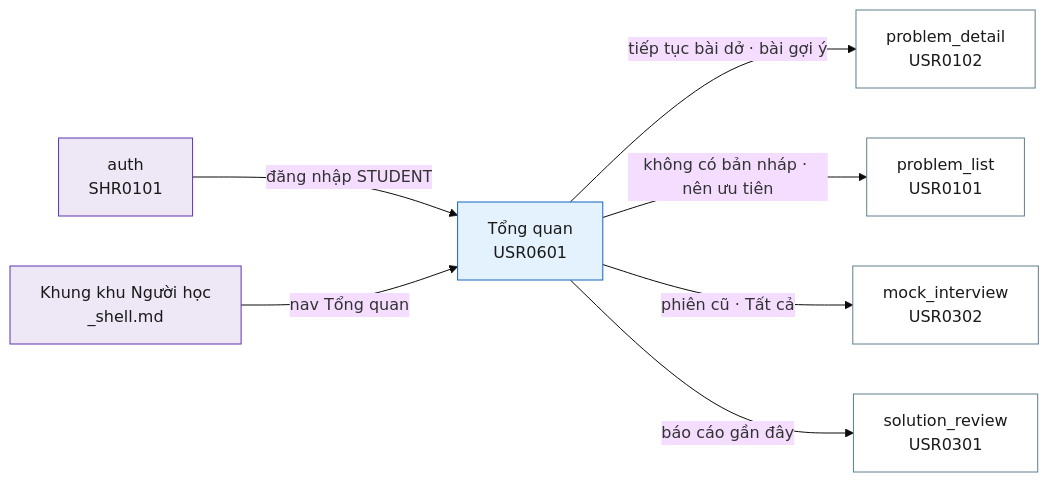
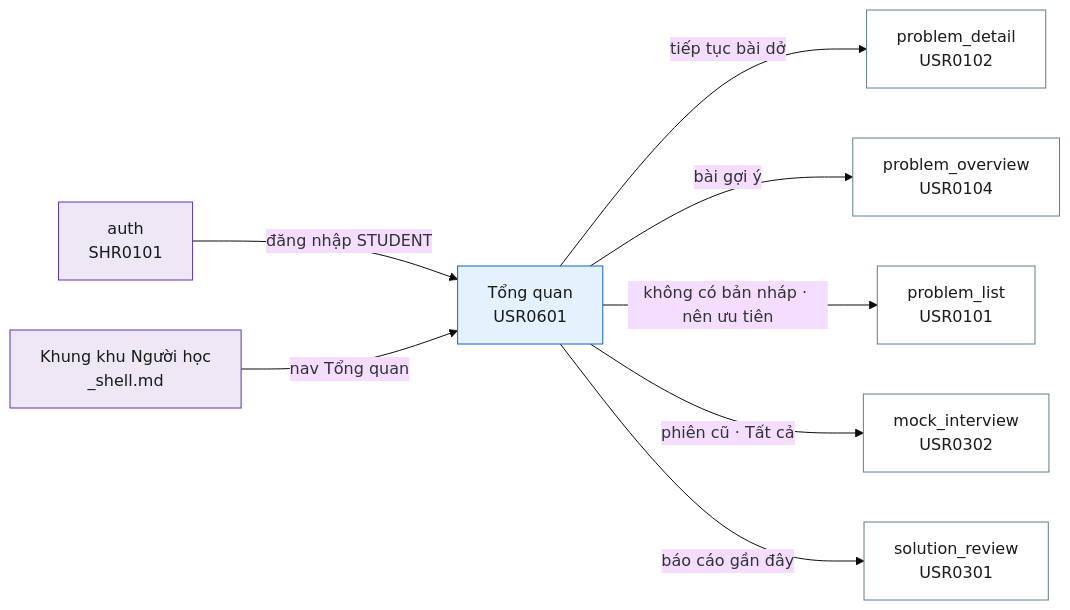
The diagram in 02-bd/screens/users/USR0601_dashboard.md (daiphu1801/PRJ_ALGOPREP), drawn with Mermaid (base theme) before and after one commit. The commit also changed other lines of this file and 290 other files, not shown here.

````diff
--- a/02-bd/screens/users/USR0601_dashboard.md
+++ b/02-bd/screens/users/USR0601_dashboard.md
@@ -186,21 +204,23 @@
 ```mermaid
 flowchart LR
   auth["auth<br>SHR0101"]:::caller
   shell["Khung khu Người học<br>_shell.md"]:::caller
   dash["Tổng quan<br>USR0601"]:::current
   detail["problem_detail<br>USR0102"]:::target
+  overview["problem_overview<br>USR0104"]:::target
   list["problem_list<br>USR0101"]:::target
   interview["mock_interview<br>USR0302"]:::target
   review["solution_review<br>USR0301"]:::target
 
   auth -->|"đăng nhập STUDENT"| dash
   shell -->|"nav Tổng quan"| dash
-  dash -->|"tiếp tục bài dở · bài gợi ý"| detail
+  dash -->|"tiếp tục bài dở"| detail
+  dash -->|"bài gợi ý"| overview
   dash -->|"không có bản nháp · nên ưu tiên"| list
   dash -->|"phiên cũ · Tất cả"| interview
   dash -->|"báo cáo gần đây"| review
 
   classDef caller fill:#EDE7F6,stroke:#5E35B1,color:#1A1A1A
   classDef current fill:#E3F2FD,stroke:#1565C0,color:#1A1A1A
   classDef target fill:#FFFFFF,stroke:#607D8B,color:#1A1A1A
 ```
````
